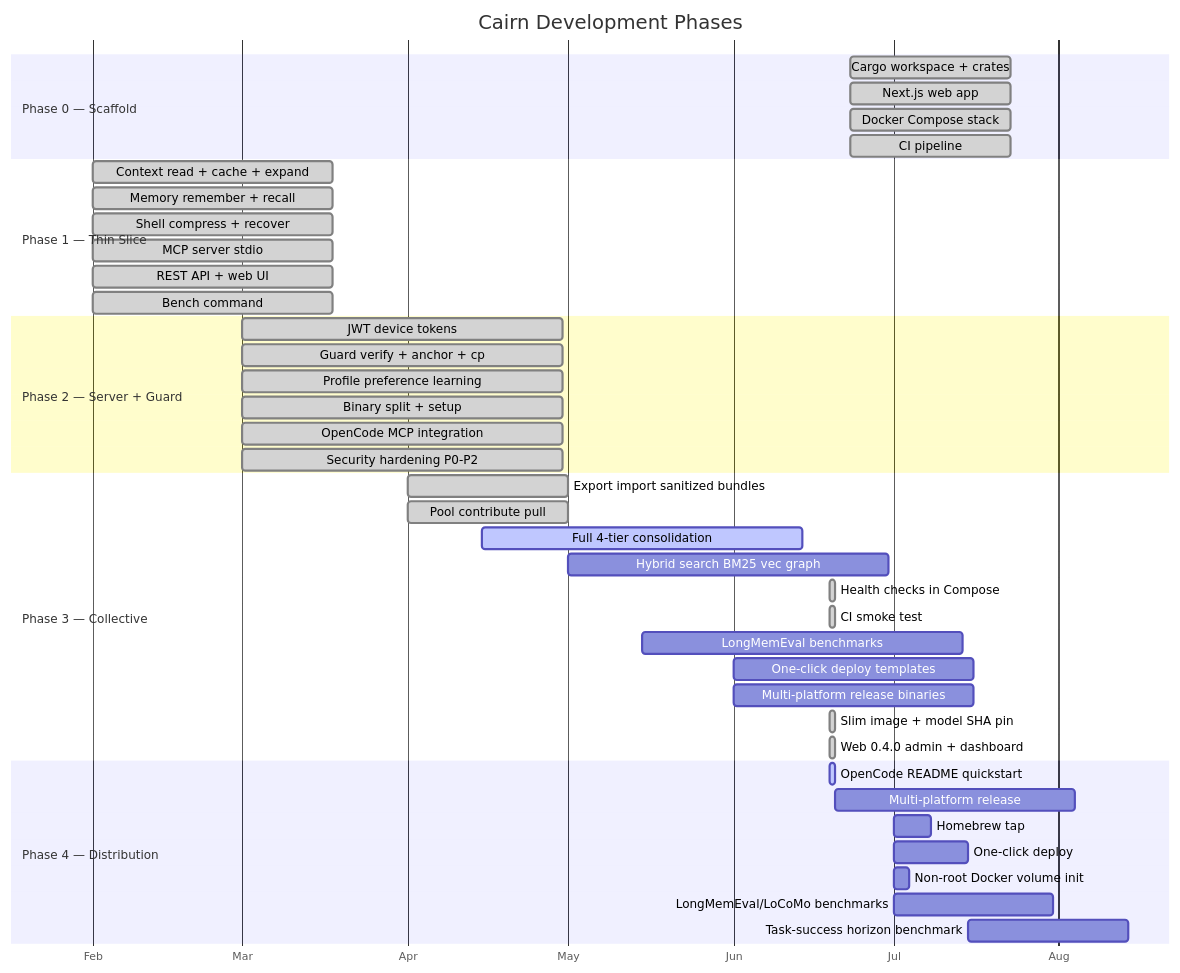
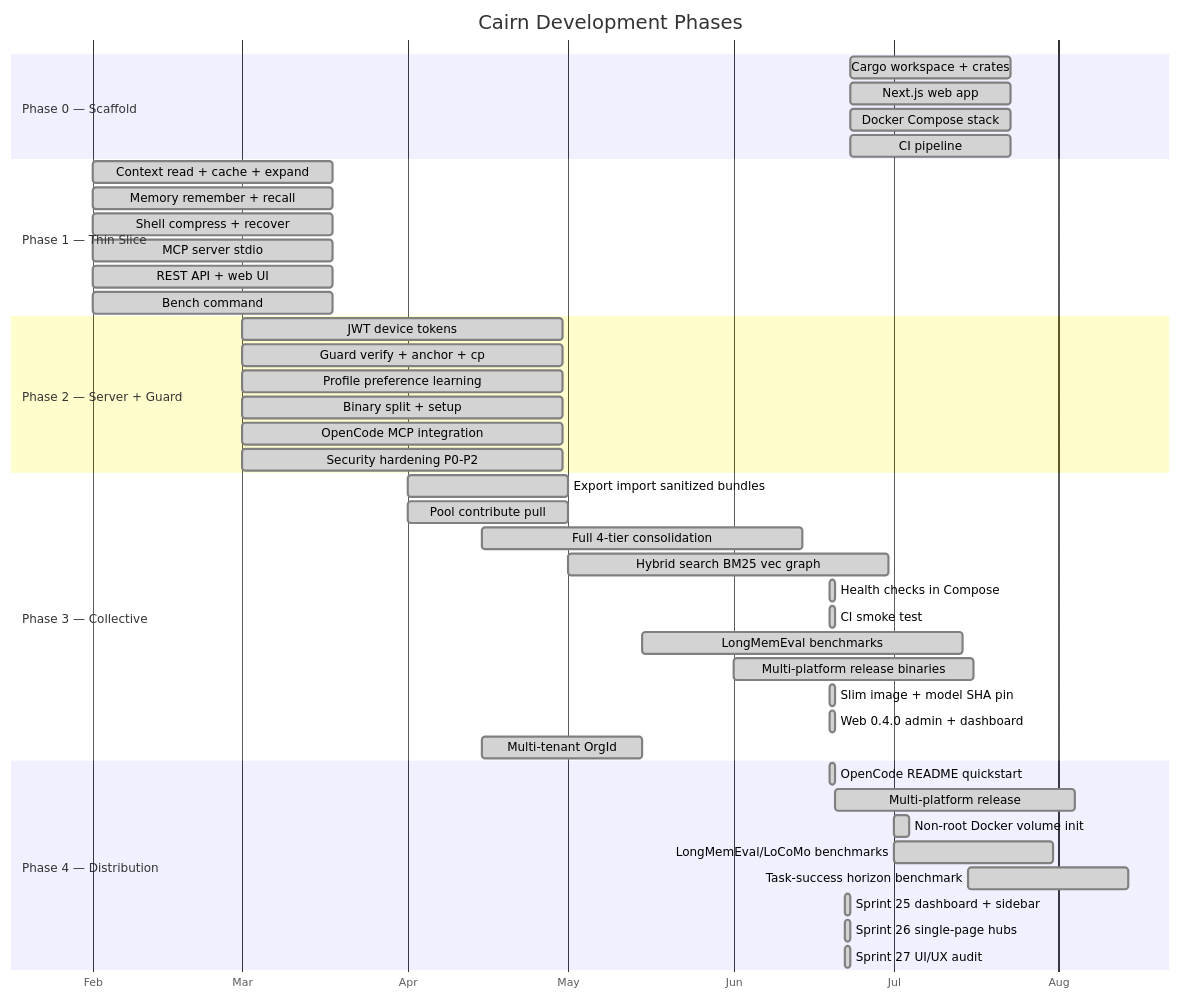
Before and after one commit to Vellixia/Cairn: the diagram in docs/ROADMAP.md, drawn with Mermaid. The commit also changed other lines of this file and 183 other files, not shown here.

First line of the commit message:
v0.5.0: consolidated release (P0-P3 + Sprint 25 + 26 + 27) (#16)

````diff
--- a/docs/ROADMAP.md
+++ b/docs/ROADMAP.md
@@ -5,50 +5,51 @@
 ```mermaid
 gantt
     title Cairn Development Phases
     dateFormat 2026-01-01
     axisFormat %b
 
     section Phase 0 — Scaffold
     Cargo workspace + crates       :done, p0a, 2026-01-01, 30d
     Next.js web app                :done, p0b, 2026-01-01, 30d
     Docker Compose stack           :done, p0c, 2026-01-01, 30d
     CI pipeline                    :done, p0d, 2026-01-01, 30d
 
     section Phase 1 — Thin Slice
     Context read + cache + expand  :done, p1a, 2026-02-01, 45d
     Memory remember + recall       :done, p1b, 2026-02-01, 45d
     Shell compress + recover       :done, p1c, 2026-02-01, 45d
     MCP server stdio               :done, p1d, 2026-02-01, 45d
     REST API + web UI              :done, p1e, 2026-02-01, 45d
     Bench command                  :done, p1f, 2026-02-01, 45d
 
     section Phase 2 — Server + Guard
     JWT device tokens              :done, p2a, 2026-03-01, 60d
     Guard verify + anchor + cp     :done, p2b, 2026-03-01, 60d
     Profile preference learning    :done, p2c, 2026-03-01, 60d
     Binary split + setup           :done, p2d, 2026-03-01, 60d
     OpenCode MCP integration       :done, p2e, 2026-03-01, 60d
     Security hardening P0-P2       :done, p2f, 2026-03-01, 60d
 
     section Phase 3 — Collective
     Export import sanitized bundles :done, p3a, 2026-04-01, 30d
     Pool contribute pull           :done, p3b, 2026-04-01, 30d
-    Full 4-tier consolidation      :active, p3c, 2026-04-15, 60d
-    Hybrid search BM25 vec graph   :p3d, 2026-05-01, 60d
+    Full 4-tier consolidation      :done, p3c, 2026-04-15, 60d
+    Hybrid search BM25 vec graph   :done, p3d, 2026-05-01, 60d
     Health checks in Compose       :done, p3e, 2026-06-19, 1d
     CI smoke test                  :done, p3f, 2026-06-19, 1d
-    LongMemEval benchmarks         :p3g, 2026-05-15, 60d
-    One-click deploy templates     :p3h, 2026-06-01, 45d
-    Multi-platform release binaries :p3i, 2026-06-01, 45d
+    LongMemEval benchmarks         :done, p3g, 2026-05-15, 60d
+    Multi-platform release binaries :done, p3i, 2026-06-01, 45d
     Slim image + model SHA pin     :done, p3j, 2026-06-19, 1d
     Web 0.4.0 admin + dashboard    :done, p3k, 2026-06-19, 1d
+    Multi-tenant OrgId             :done, p3t, 2026-04-15, 30d
 
     section Phase 4 — Distribution
-    OpenCode README quickstart     :active, p4a, 2026-06-19, 1d
-    Multi-platform release         :p4b, 2026-06-20, 45d
-    Homebrew tap                   :p4c, 2026-07-01, 7d
-    One-click deploy               :p4d, 2026-07-01, 14d
-    Non-root Docker volume init    :p4e, 2026-07-01, 3d
-    LongMemEval/LoCoMo benchmarks  :p4f, 2026-07-01, 30d
-    Task-success horizon benchmark :p4g, 2026-07-15, 30d
+    OpenCode README quickstart     :done, p4a, 2026-06-19, 1d
+    Multi-platform release         :done, p4b, 2026-06-20, 45d
+    Non-root Docker volume init    :done, p4e, 2026-07-01, 3d
+    LongMemEval/LoCoMo benchmarks  :done, p4f, 2026-07-01, 30d
+    Task-success horizon benchmark :done, p4g, 2026-07-15, 30d
+    Sprint 25 dashboard + sidebar  :done, p4h, 2026-06-22, 1d
+    Sprint 26 single-page hubs     :done, p4i, 2026-06-22, 1d
+    Sprint 27 UI/UX audit          :done, p4j, 2026-06-22, 1d
 ```
````
